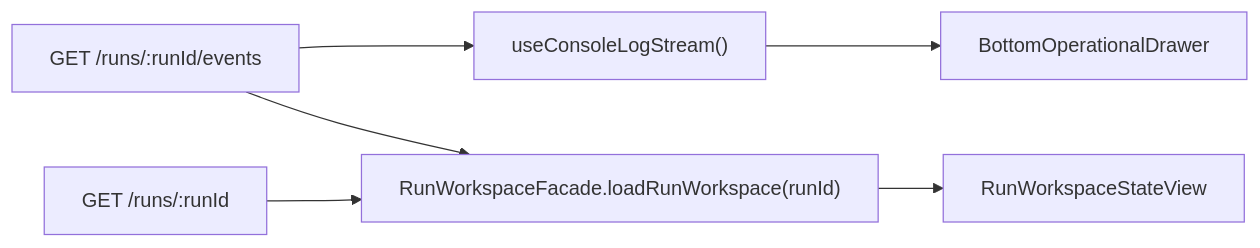
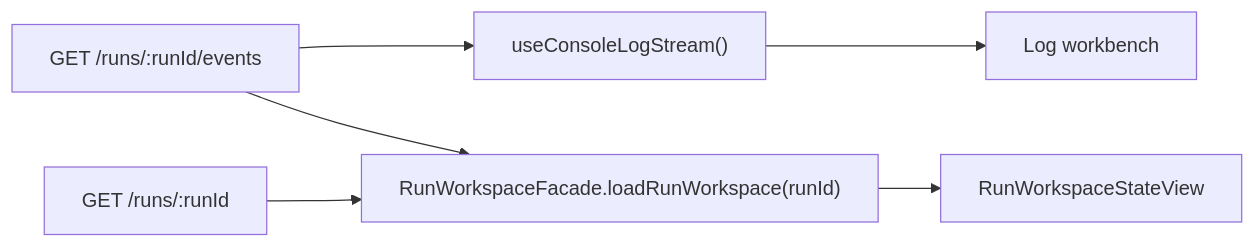
The third of 12 diagrams in docs/architecture/components/web/runs/frontend-runtime-contract-technical-manual.md (dunay2/dvt), drawn with Mermaid before and after one commit. The commit also changed other lines of this file and 879 other files, not shown here.

````diff
--- a/docs/architecture/components/web/runs/frontend-runtime-contract-technical-manual.md
+++ b/docs/architecture/components/web/runs/frontend-runtime-contract-technical-manual.md
@@ -126,8 +125,8 @@
 ```mermaid
 flowchart LR
   Events["GET /runs/:runId/events"] --> DrawerHook["useConsoleLogStream()"]
   Events --> Facade["RunWorkspaceFacade.loadRunWorkspace(runId)"]
   Snapshot["GET /runs/:runId"] --> Facade
-  DrawerHook --> Drawer["BottomOperationalDrawer"]
+  DrawerHook --> Log["Log workbench"]
   Facade --> Runs["RunWorkspaceStateView"]
 ```
````
